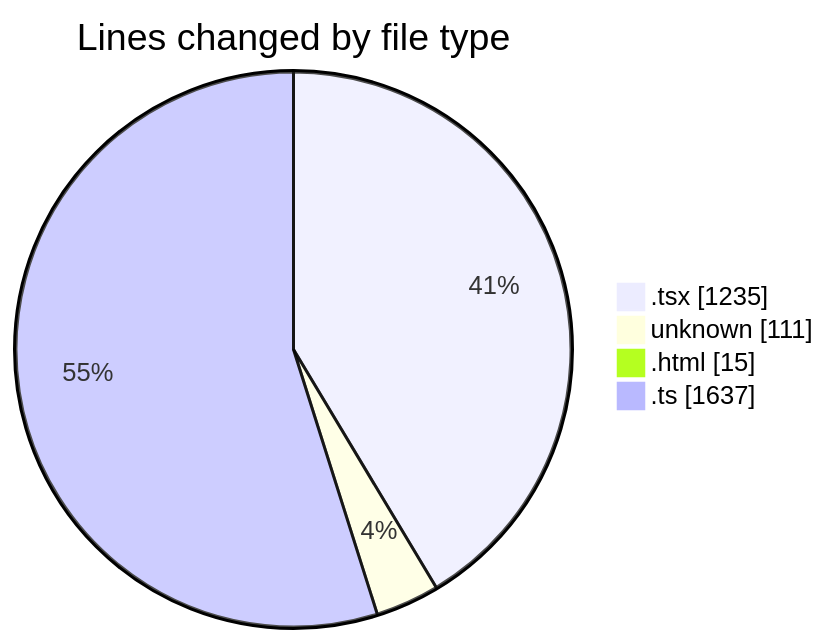
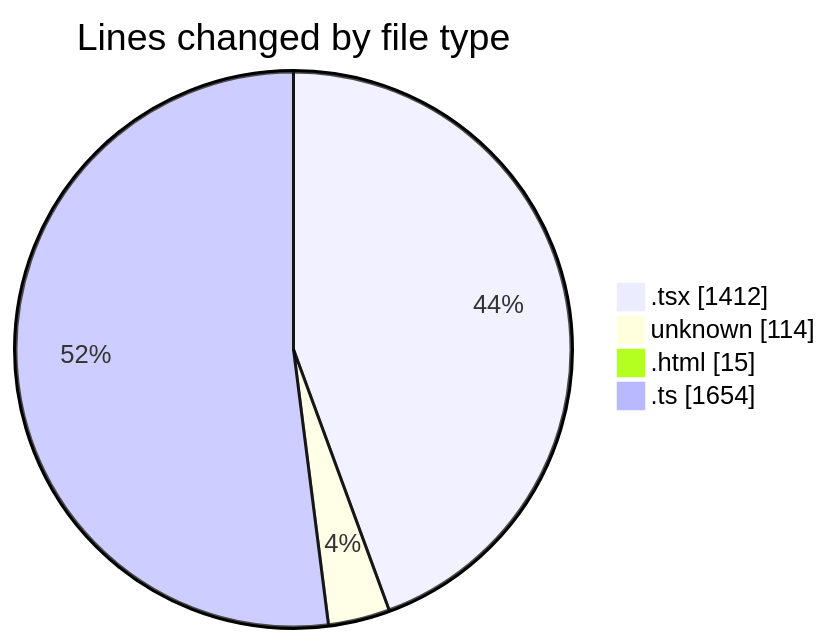
One commit to JenPaints/code-tracking changed the first of 2 diagrams in 2025-06-23/archive/README.md. Above: the diagram before and after it, drawn with Mermaid. The commit also changed other lines of this file and 1 other file, not shown here.

````diff
--- a/2025-06-23/archive/README.md
+++ b/2025-06-23/archive/README.md
@@ -27,8 +28,8 @@
 ```mermaid
 pie showData
 title Lines changed by file type
-".tsx" : 1235
-"unknown" : 111
+".tsx" : 1412
+"unknown" : 114
 ".html" : 15
-".ts" : 1637
+".ts" : 1654
 ```
````
